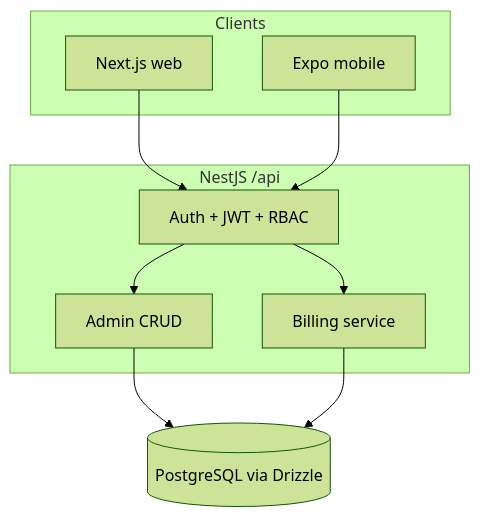
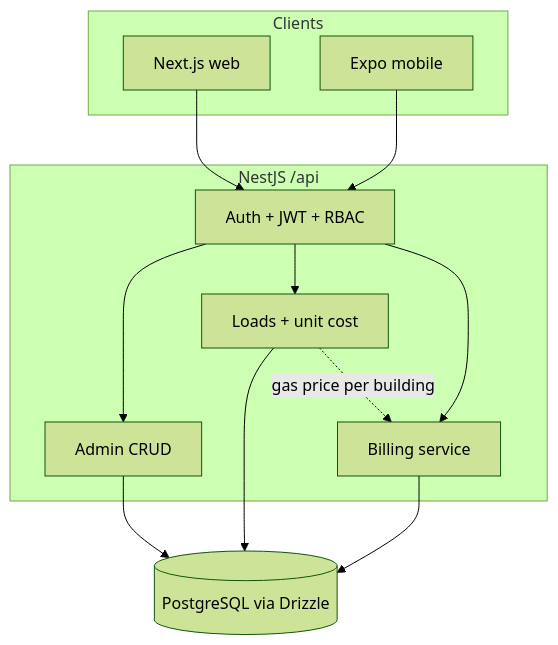
The first of 3 diagrams in README.md (shibly-/bdrms), drawn with Mermaid (forest theme) before and after one commit. The commit also changed other lines of this file, not shown here.

````diff
--- a/README.md
+++ b/README.md
@@ -32,20 +32,24 @@
 ```mermaid
 flowchart TB
   subgraph clients [Clients]
     Web[Next.js web]
     Mobile[Expo mobile]
   end
   subgraph api [NestJS /api]
     Auth[Auth + JWT + RBAC]
     Admin[Admin CRUD]
+    Loads[Loads + unit cost]
     Billing[Billing service]
   end
   DB[(PostgreSQL via Drizzle)]
 
   Web --> Auth
   Mobile --> Auth
   Auth --> Admin
+  Auth --> Loads
   Auth --> Billing
   Admin --> DB
+  Loads --> DB
   Billing --> DB
+  Loads -.->|gas price per building| Billing
 ```
````
